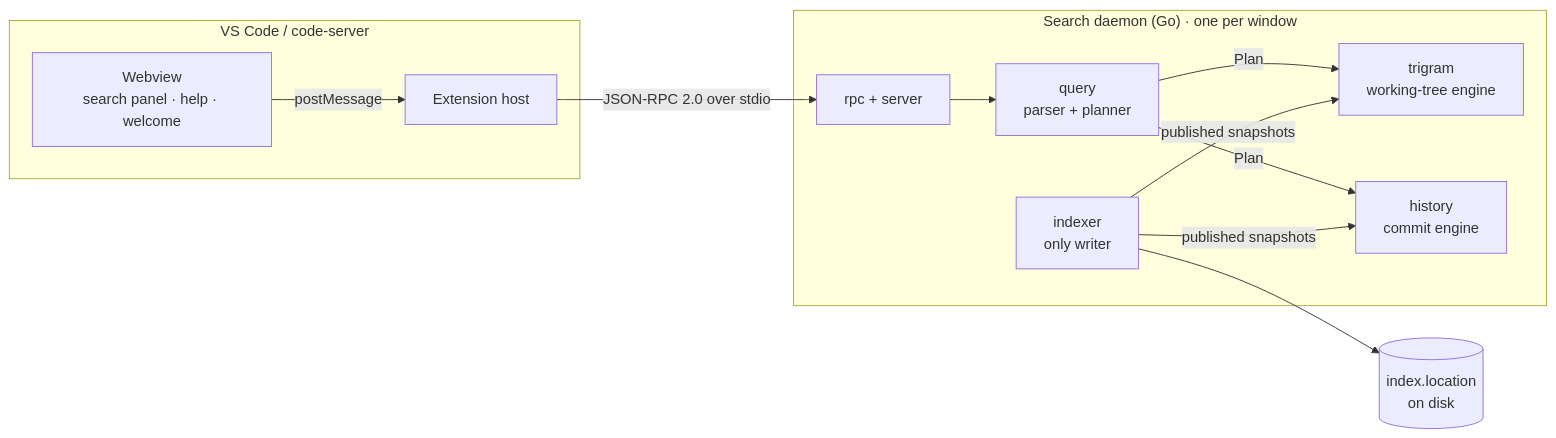
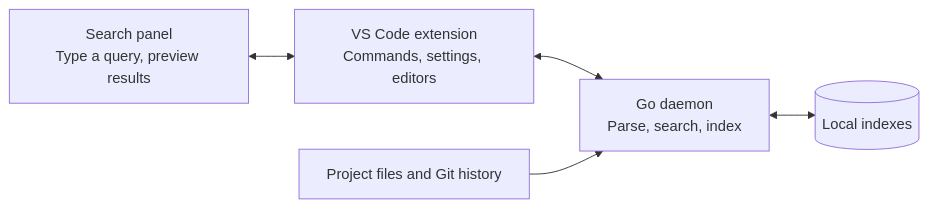
The diagram in docs/wiki/Architecture-Overview.md (cruisinme30/spelunk), drawn with Mermaid before and after one commit. The commit also changed other lines of this file and 2 other files, not shown here.

Commit message:
docs: clarify architecture and first-run guidance

````diff
--- a/docs/wiki/Architecture-Overview.md
+++ b/docs/wiki/Architecture-Overview.md
@@ -5,15 +6,7 @@
 ```mermaid
 flowchart LR
-  subgraph VSCode["VS Code / code-server"]
-    WV["Webview<br/>search panel · help · welcome"] -- "postMessage" --> EH["Extension host"]
-  end
-  EH -- "JSON-RPC 2.0 over stdio" --> RPC
-  subgraph Daemon["Search daemon (Go) · one per window"]
-    RPC["rpc + server"] --> Q["query<br/>parser + planner"]
-    Q -- Plan --> TE["trigram<br/>working-tree engine"]
-    Q -- Plan --> HE["history<br/>commit engine"]
-    IX["indexer<br/>only writer"] -- "published snapshots" --> TE
-    IX -- "published snapshots" --> HE
-  end
-  IX --> DISK[("index.location<br/>on disk")]
+  Panel["Search panel<br/>Type a query, preview results"] <--> Host["VS Code extension<br/>Commands, settings, editors"]
+  Host <--> Engine["Go daemon<br/>Parse, search, index"]
+  Engine <--> Index[("Local indexes")]
+  Files["Project files and Git history"] --> Engine
 ```
````
